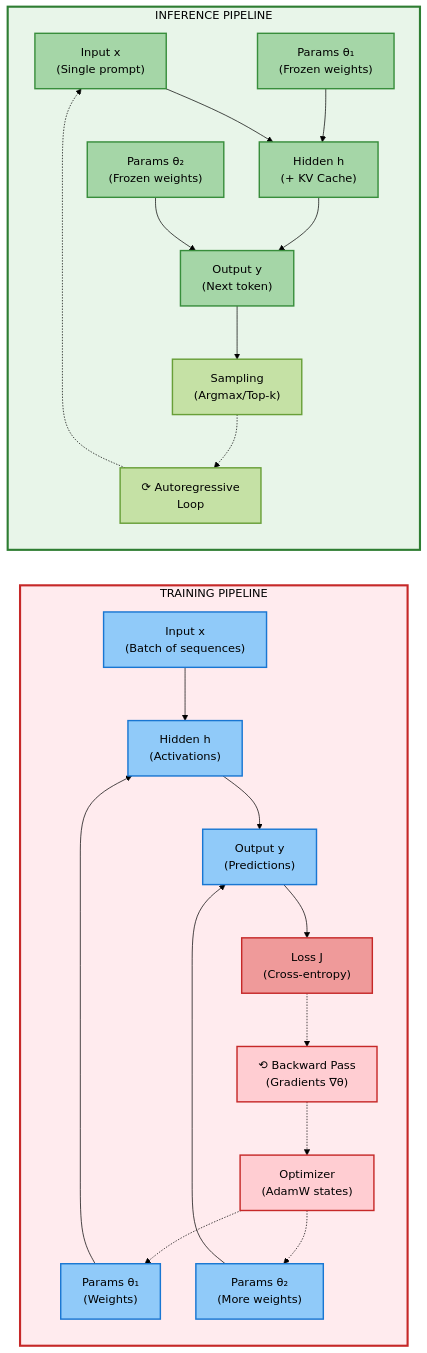
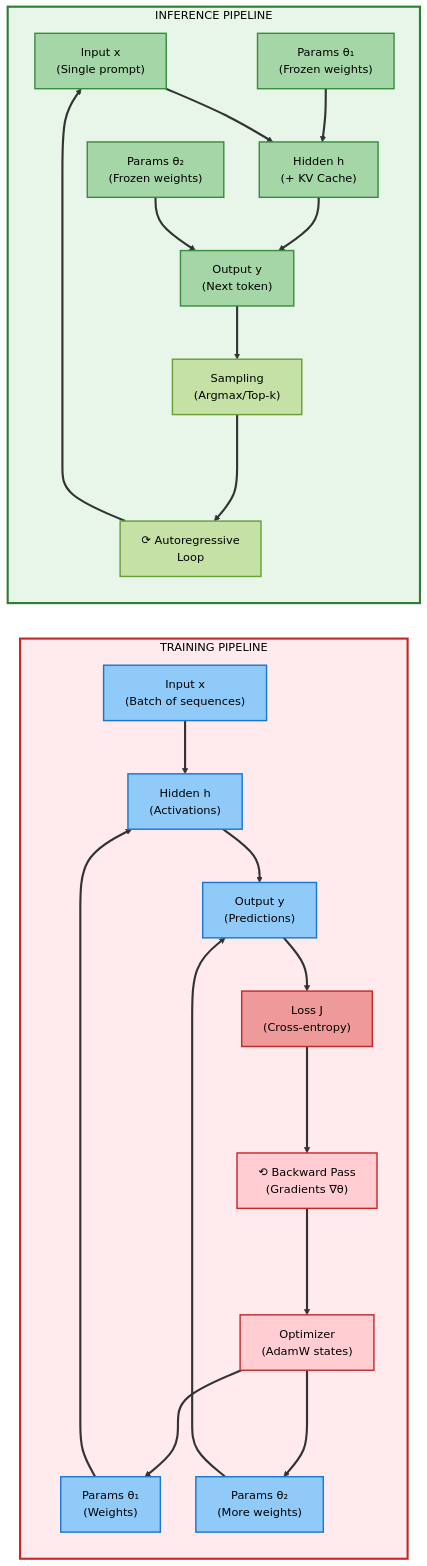
Before and after one commit to Shahriarin2garden/vllm_from_scratch: the first of 2 diagrams in README.md, drawn with Mermaid (forest theme). The commit also changed other lines of this file, not shown here.

Commit message:
Refactor mermaid diagram links in README.md for clarity and consistency

````diff
--- a/README.md
+++ b/README.md
@@ -23,61 +23,63 @@
 ```mermaid
 flowchart LR
     subgraph TRAINING [" TRAINING PIPELINE "]
         direction TB
         T_INPUT["Input x<br/>(Batch of sequences)"]
         T_PARAMS1["Params θ₁<br/>(Weights)"]
         T_HIDDEN["Hidden h<br/>(Activations)"]
         T_PARAMS2["Params θ₂<br/>(More weights)"]
         T_OUTPUT["Output y<br/>(Predictions)"]
         T_LOSS["Loss J<br/>(Cross-entropy)"]
         T_BACKWARD["⟲ Backward Pass<br/>(Gradients ∇θ)"]
         T_OPTIMIZER["Optimizer<br/>(AdamW states)"]
         
-        T_INPUT --> T_HIDDEN
-        T_PARAMS1 --> T_HIDDEN
-        T_HIDDEN --> T_OUTPUT
-        T_PARAMS2 --> T_OUTPUT
-        T_OUTPUT --> T_LOSS
-        T_LOSS -.-> T_BACKWARD
-        T_BACKWARD -.-> T_OPTIMIZER
-        T_OPTIMIZER -.-> T_PARAMS1
-        T_OPTIMIZER -.-> T_PARAMS2
+        T_INPUT ==> T_HIDDEN
+        T_PARAMS1 ==> T_HIDDEN
+        T_HIDDEN ==> T_OUTPUT
+        T_PARAMS2 ==> T_OUTPUT
+        T_OUTPUT ==> T_LOSS
+        T_LOSS ===> T_BACKWARD
+        T_BACKWARD ===> T_OPTIMIZER
+        T_OPTIMIZER ===> T_PARAMS1
+        T_OPTIMIZER ===> T_PARAMS2
     end
 
     subgraph INFERENCE [" INFERENCE PIPELINE "]
         direction TB
         I_INPUT["Input x<br/>(Single prompt)"]
         I_PARAMS1["Params θ₁<br/>(Frozen weights)"]
         I_HIDDEN["Hidden h<br/>(+ KV Cache)"]
         I_PARAMS2["Params θ₂<br/>(Frozen weights)"]
         I_OUTPUT["Output y<br/>(Next token)"]
         I_SAMPLE["Sampling<br/>(Argmax/Top-k)"]
         I_LOOP["⟳ Autoregressive<br/>Loop"]
         
-        I_INPUT --> I_HIDDEN
-        I_PARAMS1 --> I_HIDDEN
-        I_HIDDEN --> I_OUTPUT
-        I_PARAMS2 --> I_OUTPUT
-        I_OUTPUT --> I_SAMPLE
-        I_SAMPLE -.-> I_LOOP
-        I_LOOP -.-> I_INPUT
+        I_INPUT ==> I_HIDDEN
+        I_PARAMS1 ==> I_HIDDEN
+        I_HIDDEN ==> I_OUTPUT
+        I_PARAMS2 ==> I_OUTPUT
+        I_OUTPUT ==> I_SAMPLE
+        I_SAMPLE ===> I_LOOP
+        I_LOOP ===> I_INPUT
     end
 
+    linkStyle default stroke:#333,stroke-width:3px
+    
     style TRAINING fill:#ffebee,stroke:#c62828,stroke-width:3px,color:#000
     style INFERENCE fill:#e8f5e9,stroke:#2e7d32,stroke-width:3px,color:#000
     style T_INPUT fill:#90caf9,stroke:#1976d2,stroke-width:2px,color:#000
     style T_PARAMS1 fill:#90caf9,stroke:#1976d2,stroke-width:2px,color:#000
     style T_HIDDEN fill:#90caf9,stroke:#1976d2,stroke-width:2px,color:#000
     style T_PARAMS2 fill:#90caf9,stroke:#1976d2,stroke-width:2px,color:#000
     style T_OUTPUT fill:#90caf9,stroke:#1976d2,stroke-width:2px,color:#000
     style T_LOSS fill:#ef9a9a,stroke:#c62828,stroke-width:2px,color:#000
     style T_BACKWARD fill:#ffcdd2,stroke:#c62828,stroke-width:2px,color:#000
     style T_OPTIMIZER fill:#ffcdd2,stroke:#c62828,stroke-width:2px,color:#000
     style I_INPUT fill:#a5d6a7,stroke:#388e3c,stroke-width:2px,color:#000
     style I_PARAMS1 fill:#a5d6a7,stroke:#388e3c,stroke-width:2px,color:#000
     style I_HIDDEN fill:#a5d6a7,stroke:#388e3c,stroke-width:2px,color:#000
     style I_PARAMS2 fill:#a5d6a7,stroke:#388e3c,stroke-width:2px,color:#000
     style I_OUTPUT fill:#a5d6a7,stroke:#388e3c,stroke-width:2px,color:#000
     style I_SAMPLE fill:#c5e1a5,stroke:#689f38,stroke-width:2px,color:#000
     style I_LOOP fill:#c5e1a5,stroke:#689f38,stroke-width:2px,color:#000
 ```
````
